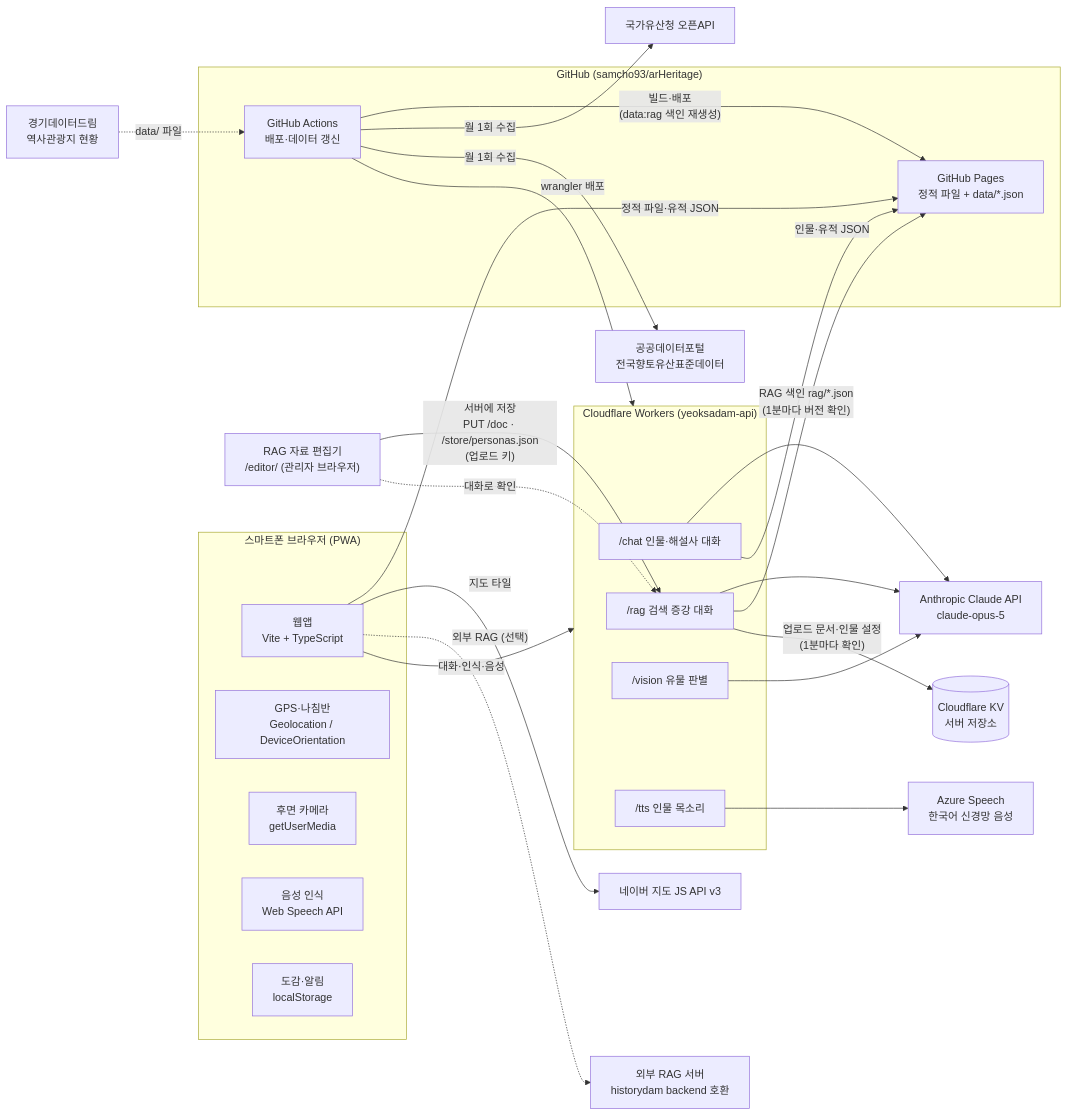
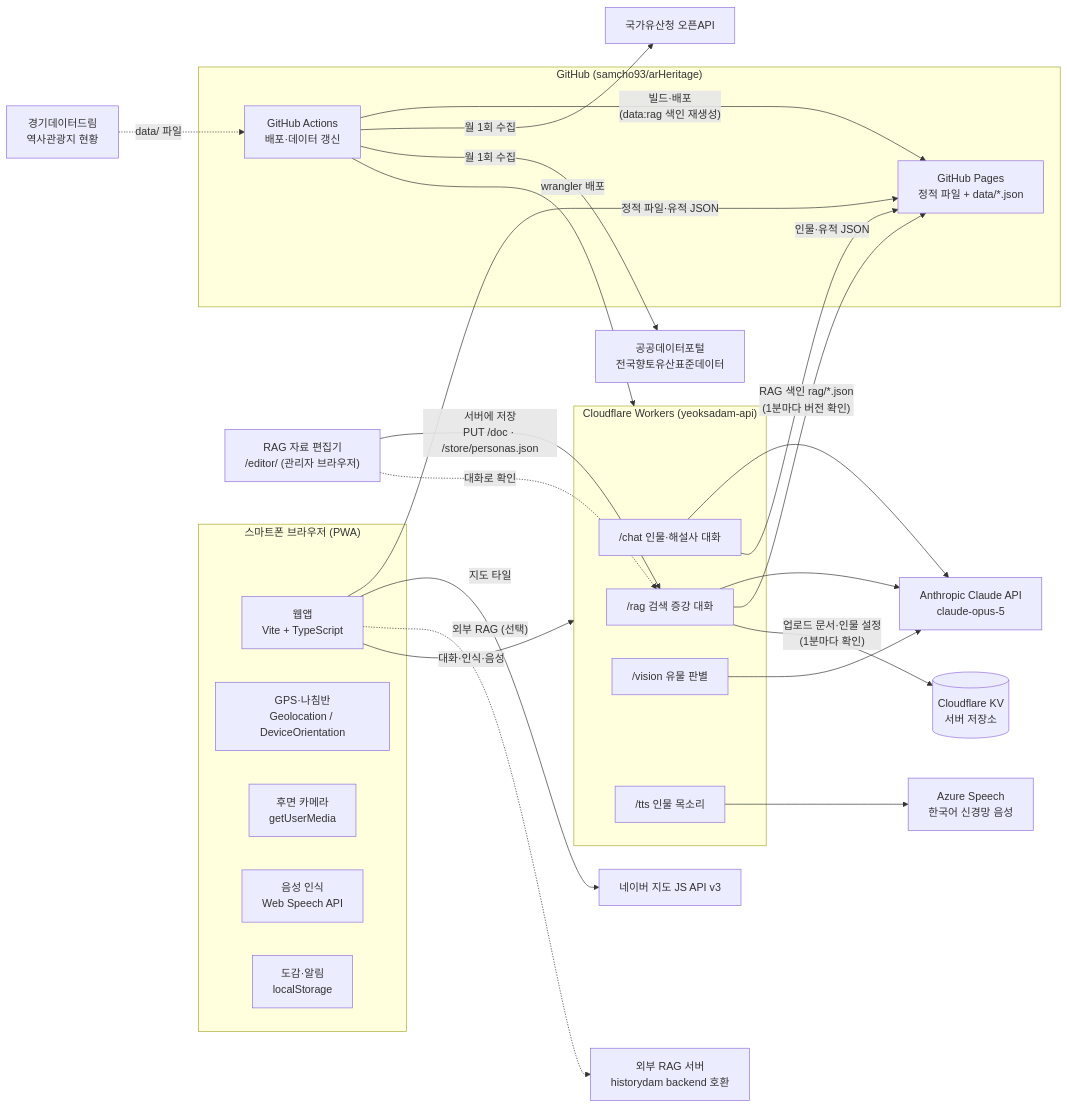
Before and after one commit to Hanbyeol5/arHeritage: the first of 8 diagrams in README.md, drawn with Mermaid. The commit also changed other lines of this file and 12 other files, not shown here.

First line of the commit message:
회원·사용자별 저장·내 RAG·퀴즈, 지식 경계 늘 켬, 업로드 키 제거

````diff
--- a/README.md
+++ b/README.md
@@ -69,50 +72,50 @@
 ```mermaid
 flowchart LR
   subgraph Phone["스마트폰 브라우저 (PWA)"]
     UI["웹앱<br/>Vite + TypeScript"]
     GPS["GPS·나침반<br/>Geolocation / DeviceOrientation"]
     CAM["후면 카메라<br/>getUserMedia"]
     STT["음성 인식<br/>Web Speech API"]
     LS["도감·알림<br/>localStorage"]
   end
 
   ED["RAG 자료 편집기<br/>/editor/ (관리자 브라우저)"]
 
   subgraph GH["GitHub (samcho93/arHeritage)"]
     PAGES["GitHub Pages<br/>정적 파일 + data/*.json"]
     ACT["GitHub Actions<br/>배포·데이터 갱신"]
   end
 
   subgraph CF["Cloudflare Workers (yeoksadam-api)"]
     CHAT["/chat 인물·해설사 대화"]
     RAG["/rag 검색 증강 대화"]
     VIS["/vision 유물 판별"]
     TTS["/tts 인물 목소리"]
   end
 
   CLAUDE["Anthropic Claude API<br/>claude-opus-5"]
   AZURE["Azure Speech<br/>한국어 신경망 음성"]
   NAVER["네이버 지도 JS API v3"]
   KHS["국가유산청 오픈API"]
   DGK["공공데이터포털<br/>전국향토유산표준데이터"]
   GGD["경기데이터드림<br/>역사관광지 현황"]
 
   UI -- 정적 파일·유적 JSON --> PAGES
   UI -- 지도 타일 --> NAVER
   UI -- 대화·인식·음성 --> CF
   CHAT --> CLAUDE
   RAG --> CLAUDE
   RAG -- "RAG 색인 rag/*.json<br/>(1분마다 버전 확인)" --> PAGES
   UI -. "외부 RAG (선택)" .-> EXT["외부 RAG 서버<br/>historydam backend 호환"]
   VIS --> CLAUDE
   TTS --> AZURE
   CHAT -- 인물·유적 JSON --> PAGES
-  ED -- "서버에 저장<br/>PUT /doc · /store/personas.json<br/>(업로드 키)" --> RAG
+  ED -- "서버에 저장<br/>PUT /doc · /store/personas.json" --> RAG
   RAG -- "업로드 문서·인물 설정<br/>(1분마다 확인)" --> KV[("Cloudflare KV<br/>서버 저장소")]
   ED -. "대화로 확인" .-> RAG
   ACT -- "빌드·배포<br/>(data:rag 색인 재생성)" --> PAGES
   ACT -- wrangler 배포 --> CF
   ACT -- 월 1회 수집 --> KHS
   ACT -- 월 1회 수집 --> DGK
   GGD -. data/ 파일 .-> ACT
 ```
````
